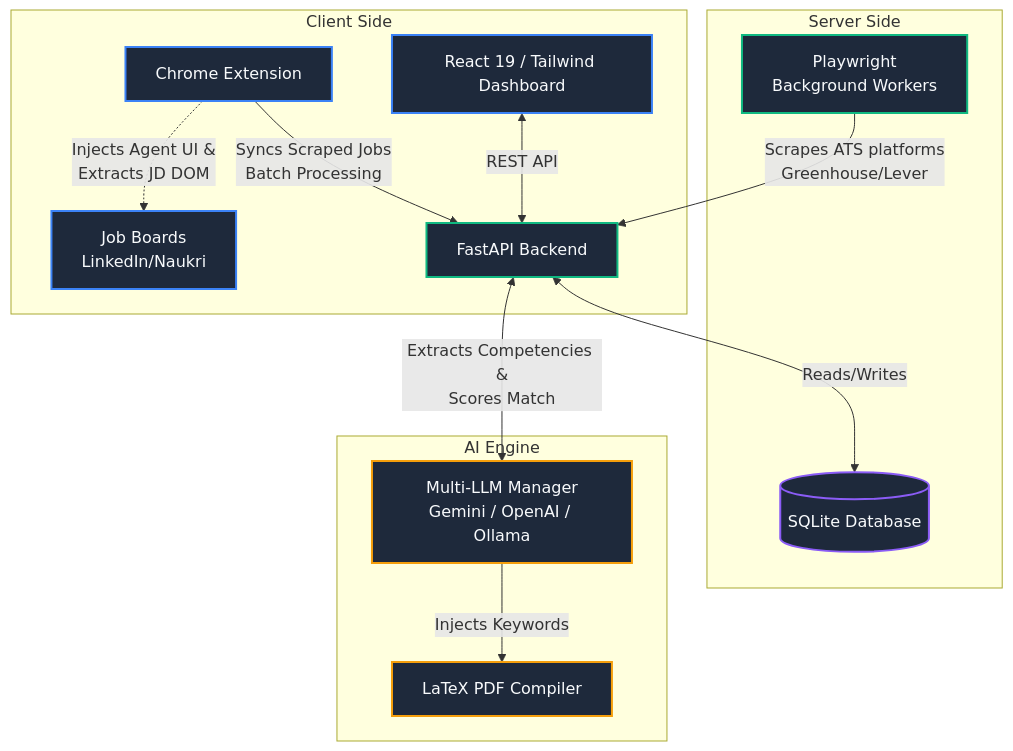
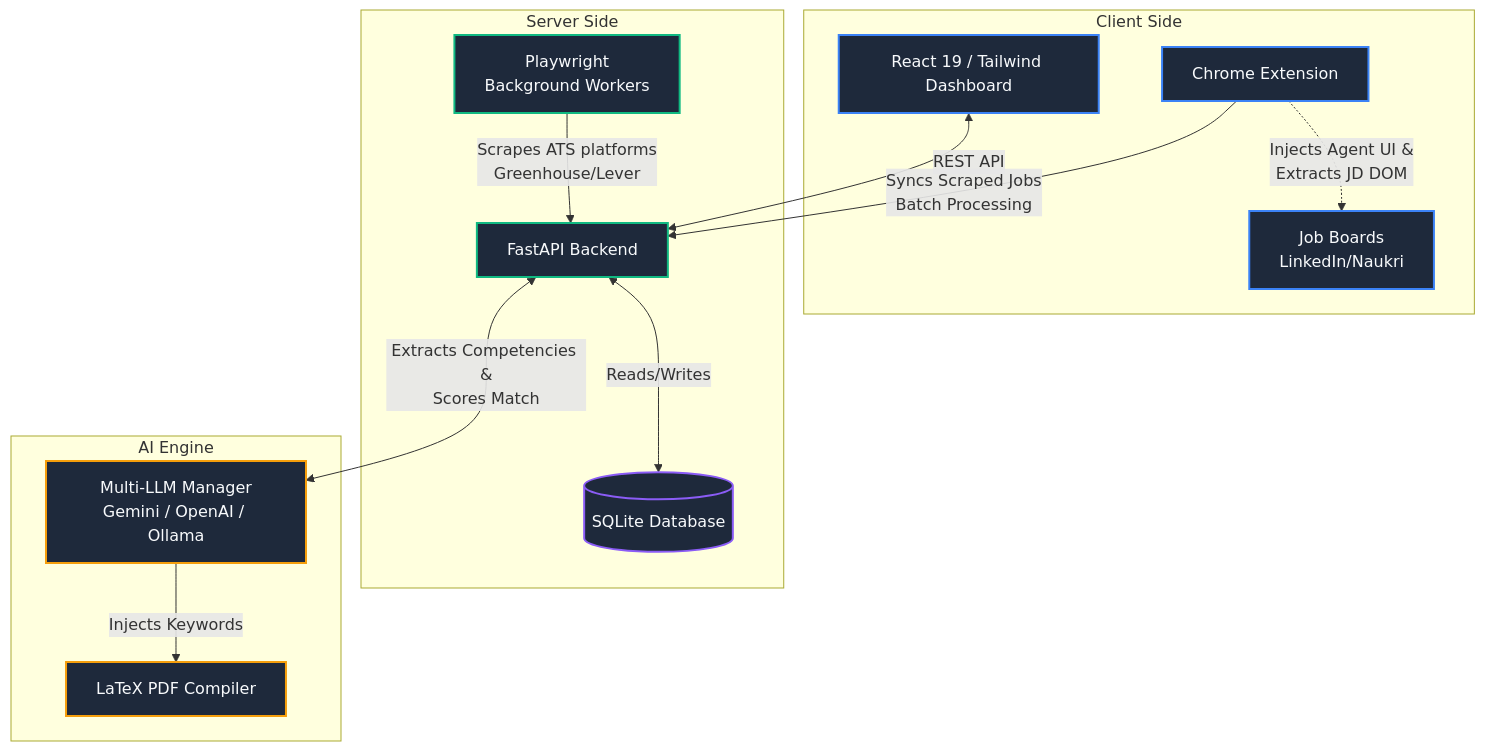
One commit to hariharavk/career-agent changed the diagram in README.md. Above: the diagram before and after it, drawn with Mermaid. The commit also changed other lines of this file and 18 other files, not shown here.

````diff
--- a/README.md
+++ b/README.md
@@ -51,31 +51,36 @@
 ```mermaid
 graph TD
     %% Define styles for modern dark theme look
     classDef frontend fill:#1E293B,stroke:#3B82F6,stroke-width:2px,color:#F8FAFC
     classDef backend fill:#1E293B,stroke:#10B981,stroke-width:2px,color:#F8FAFC
     classDef storage fill:#1E293B,stroke:#8B5CF6,stroke-width:2px,color:#F8FAFC
     classDef ai fill:#1E293B,stroke:#F59E0B,stroke-width:2px,color:#F8FAFC
 
     subgraph "Client Side"
         UI[React 19 / Tailwind Dashboard]:::frontend
         Ext[Chrome Extension]:::frontend
         LinkedIn[Job Boards<br>LinkedIn/Naukri]:::frontend
         Ext -.->|Injects Agent UI &<br>Extracts JD DOM| LinkedIn
-        UI <-->|REST API| API
-        Ext -->|Syncs Scraped Jobs<br>Batch Processing| API
     end
 
     subgraph "Server Side"
         API[FastAPI Backend]:::backend
         Cron[Playwright<br>Background Workers]:::backend
         API <-->|Reads/Writes| DB[(SQLite Database)]:::storage
         Cron -->|Scrapes ATS platforms<br>Greenhouse/Lever| API
     end
 
     subgraph "AI Engine"
         LLM[Multi-LLM Manager<br>Gemini / OpenAI / Ollama]:::ai
         Compiler[LaTeX PDF Compiler]:::ai
-        API <-->|Extracts Competencies &<br>Scores Match| LLM
         LLM -->|Injects Keywords| Compiler
     end
+
+    %% Cross-subgraph edges must live outside every subgraph block — Mermaid assigns a
+    %% node's subgraph membership to wherever it's FIRST referenced (edge or declaration),
+    %% so an edge to API placed inside "Client Side" would silently render API inside the
+    %% wrong box even though it's declared under "Server Side".
+    UI <-->|REST API| API
+    Ext -->|Syncs Scraped Jobs<br>Batch Processing| API
+    API <-->|Extracts Competencies &<br>Scores Match| LLM
 ```
````
